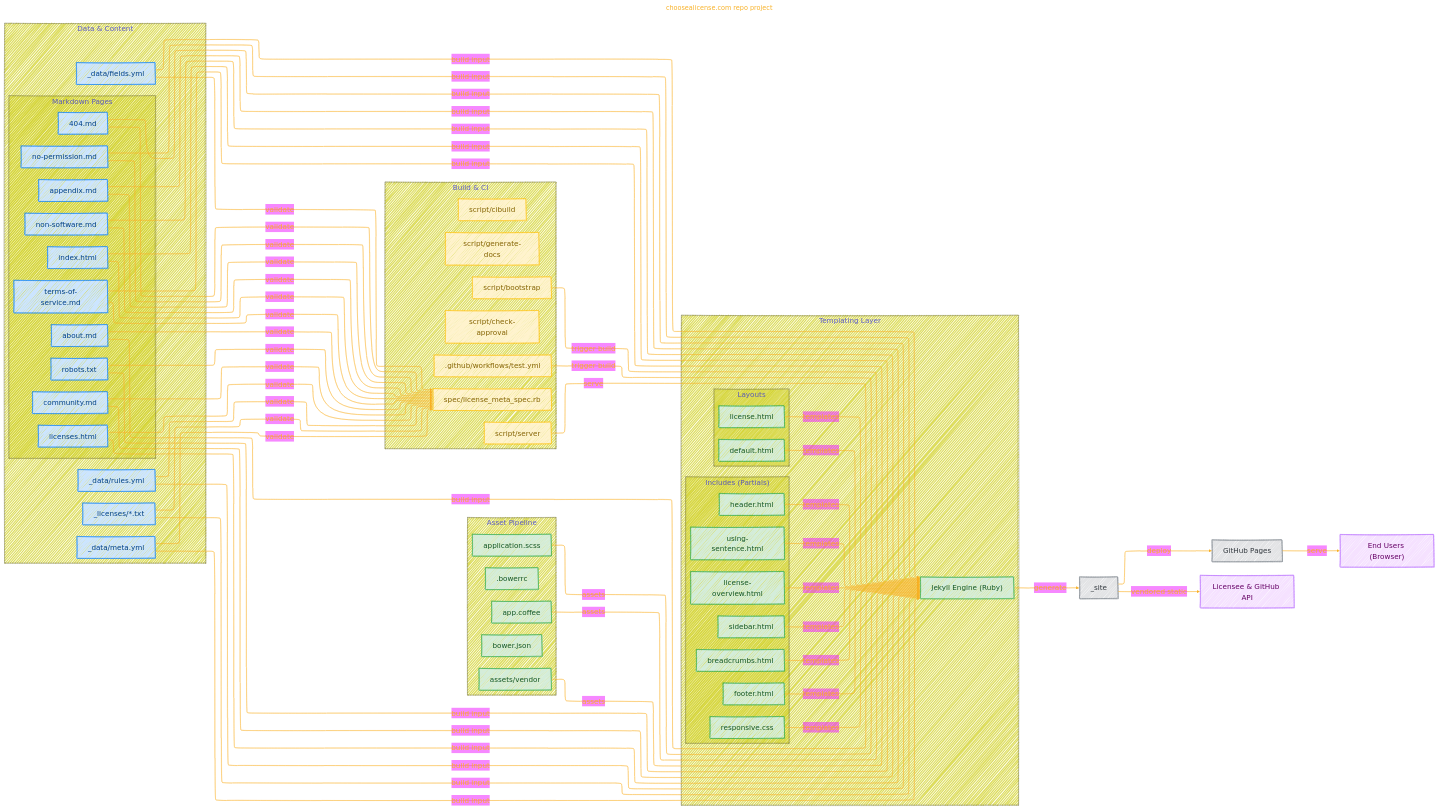
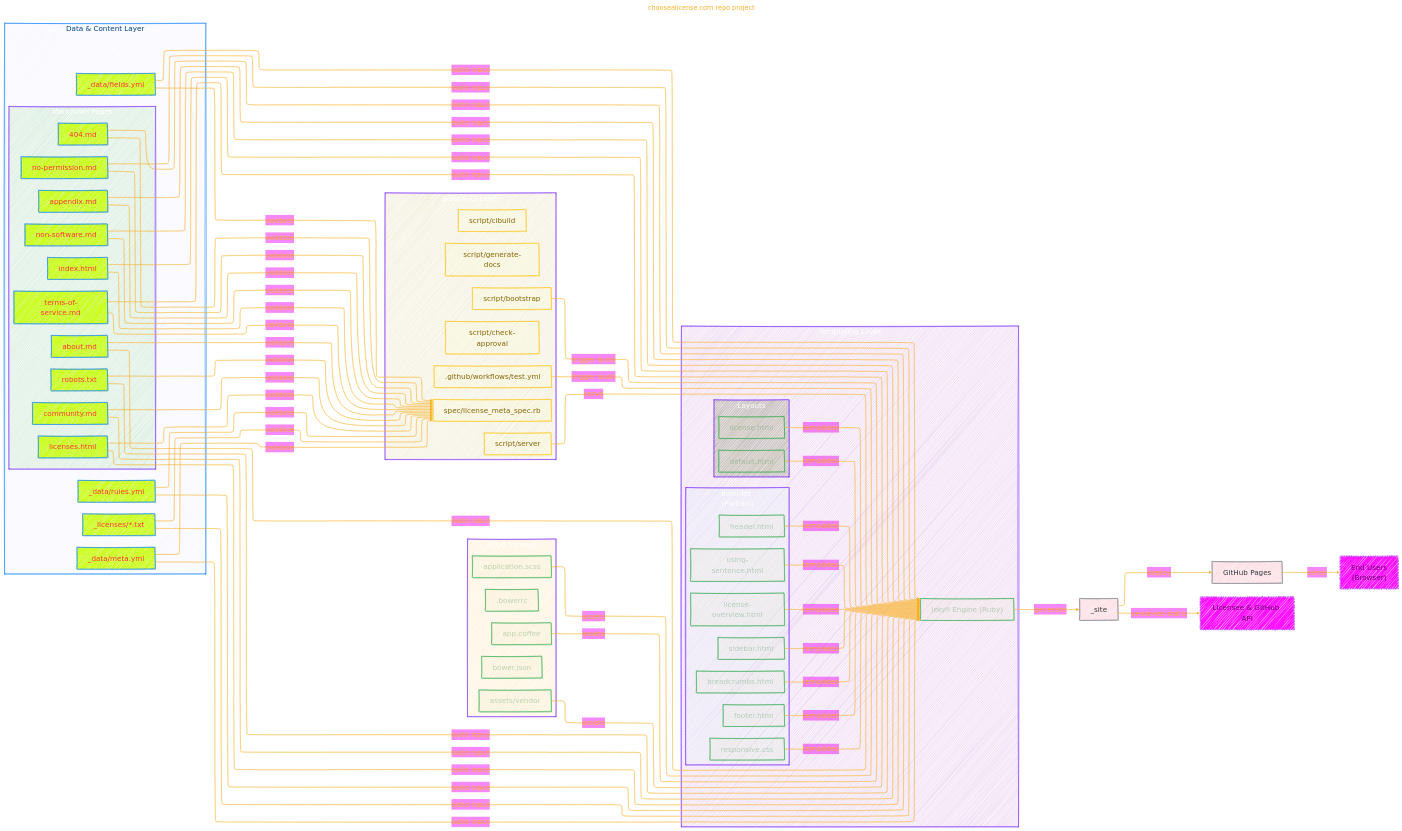
The first of 2 diagrams in GITHUB/choosealicense.com.md (CongLeSolutionX/ArchExplorer), drawn with Mermaid before and after one commit. The commit also changed other lines of this file, not shown here.

Commit message:
update notes

````diff
--- a/GITHUB/choosealicense.com.md
+++ b/GITHUB/choosealicense.com.md
@@ -73,76 +73,83 @@
   }
 }%%
 flowchart LR
-    %% Data & Content Layer
-    subgraph "Data & Content" 
-        direction TB
-        subgraph "Markdown Pages"
-            direction TB
-            page404["404.md"]:::data
-            about["about.md"]:::data
-            appendix["appendix.md"]:::data
-            community["community.md"]:::data
-            index["index.html"]:::data
-            licensesPage["licenses.html"]:::data
-            noPermission["no-permission.md"]:::data
-            nonSoftware["non-software.md"]:::data
-            robots["robots.txt"]:::data
-            terms["terms-of-service.md"]:::data
-        end
-        licenseCollection["_licenses/*.txt"]:::data
-        structuredFields["_data/fields.yml"]:::data
-        structuredRules["_data/rules.yml"]:::data
-        structuredMeta["_data/meta.yml"]:::data
+    subgraph Data_Content_Layer["Data & Content Layer"]
+    direction TB
+    style Data_Content_Layer fill:#ccf2,stroke:#007bff,color:#004085
+      
+      subgraph Markdown_Pages["Markdown Pages"]
+      direction TB
+      style Markdown_Pages fill:#2A22,stroke:#72f,color:#FFFF
+        page404["404.md"]:::data
+        about["about.md"]:::data
+        appendix["appendix.md"]:::data
+        community["community.md"]:::data
+        index["index.html"]:::data
+        licensesPage["licenses.html"]:::data
+        noPermission["no-permission.md"]:::data
+        nonSoftware["non-software.md"]:::data
+        robots["robots.txt"]:::data
+        terms["terms-of-service.md"]:::data
+      end
+
+      licenseCollection["_licenses/*.txt"]:::data
+      structuredFields["_data/fields.yml"]:::data
+      structuredRules["_data/rules.yml"]:::data
+      structuredMeta["_data/meta.yml"]:::data
     end
 
-    %% Templating Layer
-    subgraph "Templating Layer"
-        direction TB
-        JekyllEngine["Jekyll Engine (Ruby)"]:::processing
-        subgraph "Layouts"
-            direction TB
-            layoutDefault["default.html"]:::processing
-            layoutLicense["license.html"]:::processing
-        end
-        subgraph "Includes (Partials)"
-            direction TB
-            incHeader["header.html"]:::processing
-            incFooter["footer.html"]:::processing
-            incSidebar["sidebar.html"]:::processing
-            incBreadcrumbs["breadcrumbs.html"]:::processing
-            incOverview["license-overview.html"]:::processing
-            incUsing["using-sentence.html"]:::processing
-            incCss["responsive.css"]:::processing
-        end
+    subgraph Templating_Layer["Templating Layer"]
+    direction TB
+    style Templating_Layer fill:#92A2,stroke:#72f,color:#FFFF
+      JekyllEngine["Jekyll Engine (Ruby)"]:::processing
+      
+      subgraph Layouts["Layouts"]
+      direction TB
+      style Layouts fill:#AA99,stroke:#72f,color:#FFFF
+        layoutDefault["default.html"]:::processing
+        layoutLicense["license.html"]:::processing
+      end
+
+      subgraph Includes["Includes<br/>(Partials)"]
+      direction TB
+      style Includes fill:#BFF2,stroke:#72f,color:#FFFF
+        incHeader["header.html"]:::processing
+        incFooter["footer.html"]:::processing
+        incSidebar["sidebar.html"]:::processing
+        incBreadcrumbs["breadcrumbs.html"]:::processing
+        incOverview["license-overview.html"]:::processing
+        incUsing["using-sentence.html"]:::processing
+        incCss["responsive.css"]:::processing
+      end
     end
 
-    %% Asset Pipeline
-    subgraph "Asset Pipeline"
-        direction TB
-        sass["application.scss"]:::processing
-        coffee["app.coffee"]:::processing
-        vendor["assets/vendor"]:::processing
-        bowerJson["bower.json"]:::processing
-        bowerrc[".bowerrc"]:::processing
+    subgraph Asset_Pipeline["Asset Pipeline"]
+    direction TB
+    style Asset_Pipeline fill:#FA22,stroke:#72f,color:#FFFF
+      sass["application.scss"]:::processing
+      coffee["app.coffee"]:::processing
+      vendor["assets/vendor"]:::processing
+      bowerJson["bower.json"]:::processing
+      bowerrc[".bowerrc"]:::processing
     end
 
-    %% Build & CI Layer
-    subgraph "Build & CI"
-        direction TB
-        bootstrap["script/bootstrap"]:::ci
-        server["script/server"]:::ci
-        genDocs["script/generate-docs"]:::ci
-        ciBuild["script/cibuild"]:::ci
-        checkApproval["script/check-approval"]:::ci
-        rspec["spec/license_meta_spec.rb"]:::ci
-        workflow[".github/workflows/test.yml"]:::ci
+    subgraph Build_and_CI_Layer["Build & CI Layer"]
+    direction TB
+    style Build_and_CI_Layer fill:#A922,stroke:#72f,color:#FFFF
+      bootstrap["script/bootstrap"]:::ci
+      server["script/server"]:::ci
+      genDocs["script/generate-docs"]:::ci
+      ciBuild["script/cibuild"]:::ci
+      checkApproval["script/check-approval"]:::ci
+      rspec["spec/license_meta_spec.rb"]:::ci
+      workflow[".github/workflows/test.yml"]:::ci
     end
 
     %% Deployment & Hosting
     staticSite["_site"]:::output
     hosting["GitHub Pages"]:::output
     external["Licensee & GitHub API"]:::external
-    users["End Users (Browser)"]:::external
+    users["End Users<br/>(Browser)"]:::external
 
     %% Connections
     page404 & about & appendix & community & index & licensesPage & noPermission & nonSoftware & robots & terms & licenseCollection & structuredFields & structuredRules & structuredMeta -->|build input| JekyllEngine
@@ -194,9 +201,9 @@
     click workflow "https://github.com/github/choosealicense.com/blob/gh-pages//.github/workflows/test.yml"
 
     %% Styles
-    classDef data fill:#cce5ff,stroke:#007bff,color:#004085
-    classDef processing fill:#d4edda,stroke:#28a745,color:#155724
-    classDef ci fill:#fff3cd,stroke:#ffc107,color:#856404
-    classDef output fill:#e2e3e5,stroke:#6c757d,color:#343a40
-    classDef external fill:#f5e1ff,stroke:#b366ff,color:#660066
+    classDef data fill:#cf2,stroke:#007bff,color:#F33F
+    classDef processing fill:#dda2,stroke:#28a745,color:#1724
+    classDef ci fill:#fFA2,stroke:#ffc107,color:#856404
+    classDef output fill:#e352,stroke:#6c757d,color:#343a40
+    classDef external fill:#f1ff,stroke:#b366ff,color:#660066
 ```
````
